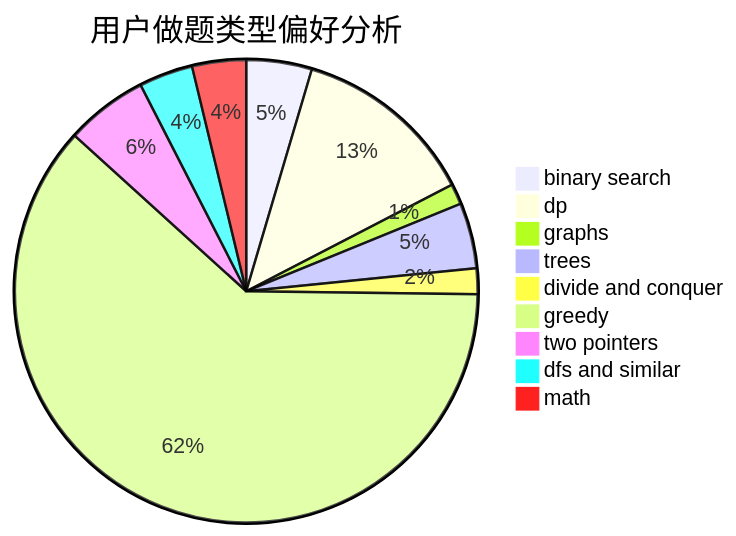
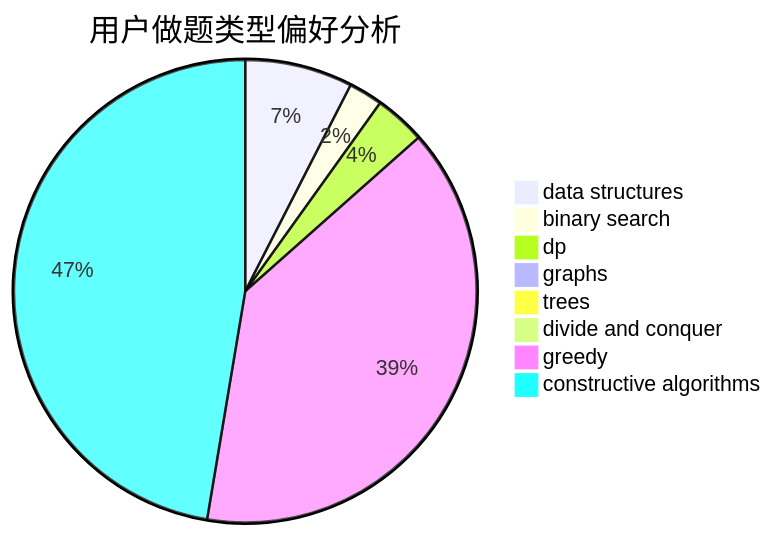
The second of 3 diagrams in docs/user/u2143.md (sherpahu/cfrs.github.io), drawn with Mermaid before and after one commit. The commit also changed other lines of this file and 2775 other files, not shown here.

````diff
--- a/docs/user/u2143.md
+++ b/docs/user/u2143.md
@@ -23,12 +23,11 @@
 ```mermaid
 pie title 用户做题类型偏好分析
-    "binary search" :  51
-    "dp" :  143
-    "graphs" :  16
-    "trees" :  51
-    "divide and conquer" :  20
-    "greedy" :  686
-    "two pointers" :  64
-    "dfs and similar" :  42
-    "math" :  42
+    "data structures" :  57
+    "binary search" :  18
+    "dp" :  27
+    "graphs" :  5
+    "trees" :  4
+    "divide and conquer" :  4
+    "greedy" :  297
+    "constructive algorithms" :  359
 ```
````
